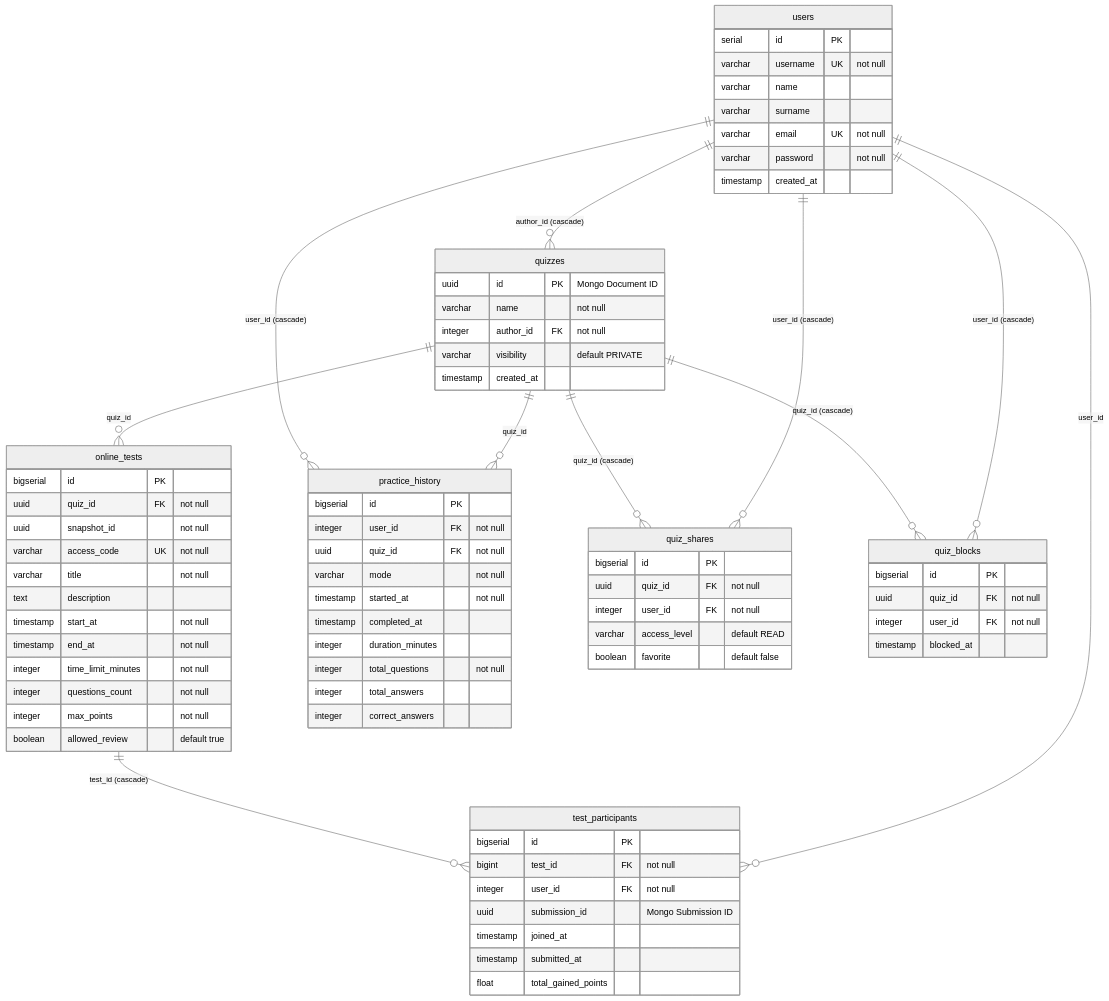
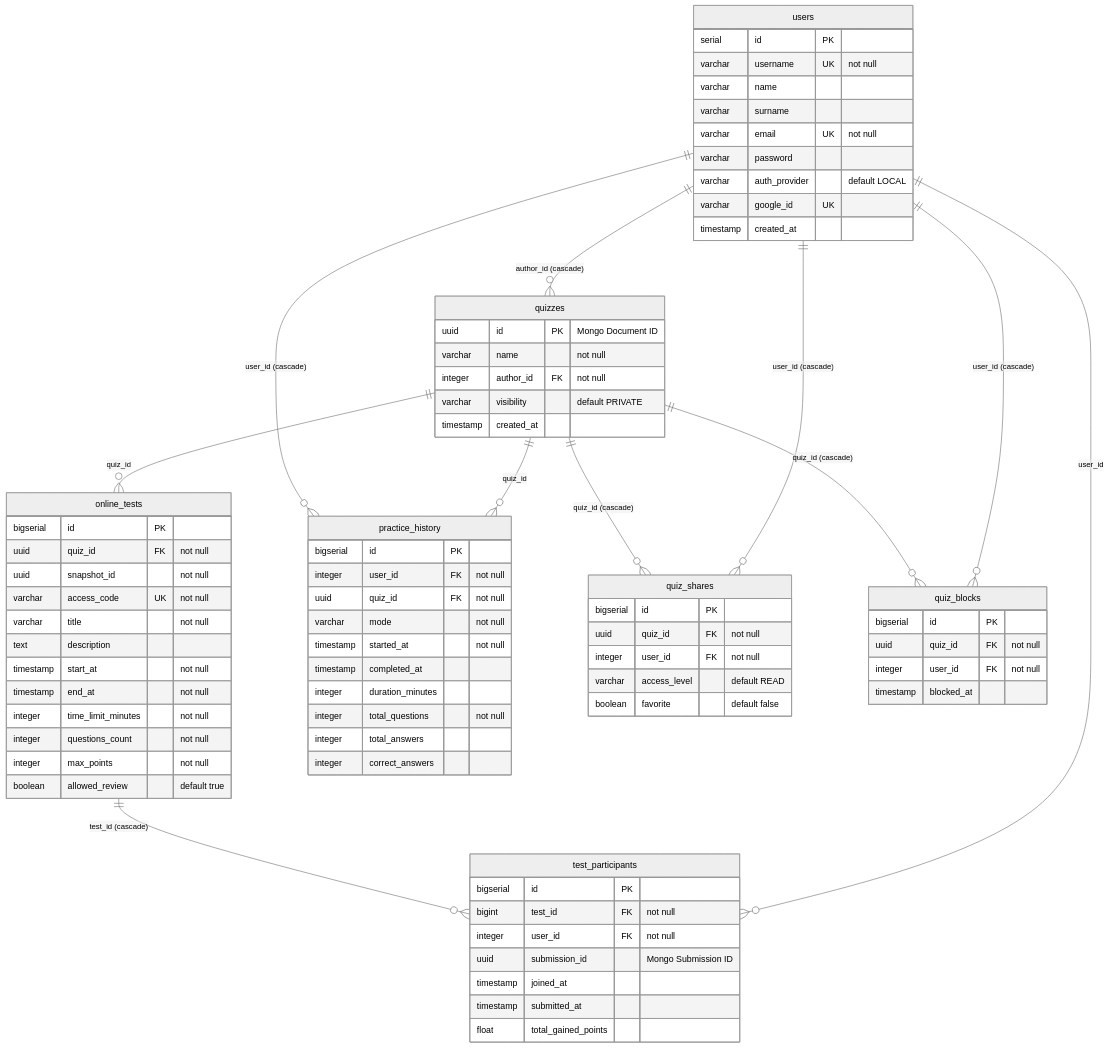
The diagram in README.md (azakhardev/Examo), drawn with Mermaid (neutral theme) before and after one commit. The commit also changed other lines of this file and 19 other files, not shown here.

```diff
--- a/README.md
+++ b/README.md
@@ -39,10 +42,12 @@
         varchar name
         varchar surname
         varchar email UK "not null"
-        varchar password "not null"
+        varchar password
+        varchar auth_provider "default LOCAL"
+        varchar google_id UK
         timestamp created_at
     }
-    
+
     quizzes {
         uuid id PK "Mongo Document ID"
         varchar name "not null"
@@ -50,7 +55,7 @@
         varchar visibility "default PRIVATE"
         timestamp created_at
     }
-    
+
     online_tests {
         bigserial id PK
         uuid quiz_id FK "not null"
@@ -65,7 +70,7 @@
         integer max_points "not null"
         boolean allowed_review "default true"
     }
-    
+
     test_participants {
         bigserial id PK
         bigint test_id FK "not null"
@@ -75,7 +80,7 @@
         timestamp submitted_at
         float total_gained_points
     }
-    
+
     practice_history {
         bigserial id PK
         integer user_id FK "not null"
@@ -88,7 +93,7 @@
         integer total_answers
         integer correct_answers
     }
-    
+
     quiz_shares {
         bigserial id PK
         uuid quiz_id FK "not null"
@@ -96,7 +101,7 @@
         varchar access_level "default READ"
         boolean favorite "default false"
     }
-    
+
     quiz_blocks {
         bigserial id PK
         uuid quiz_id FK "not null"
```
